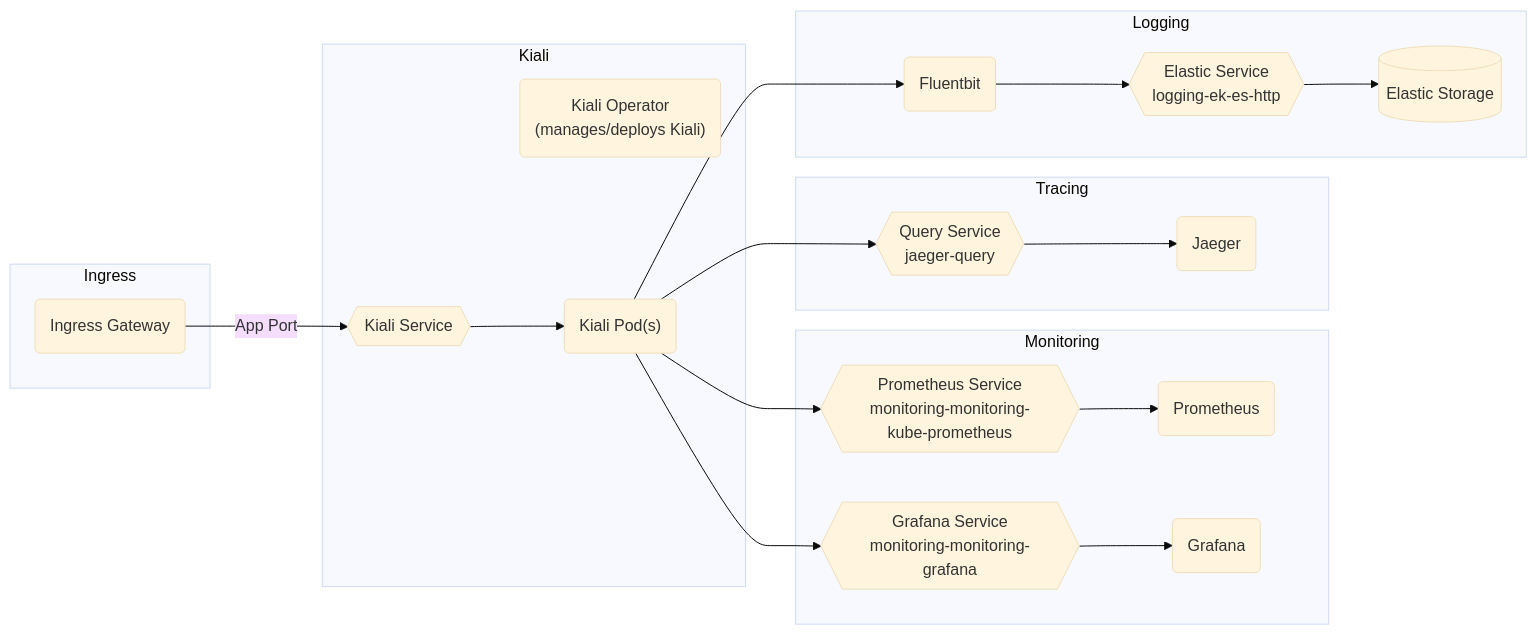
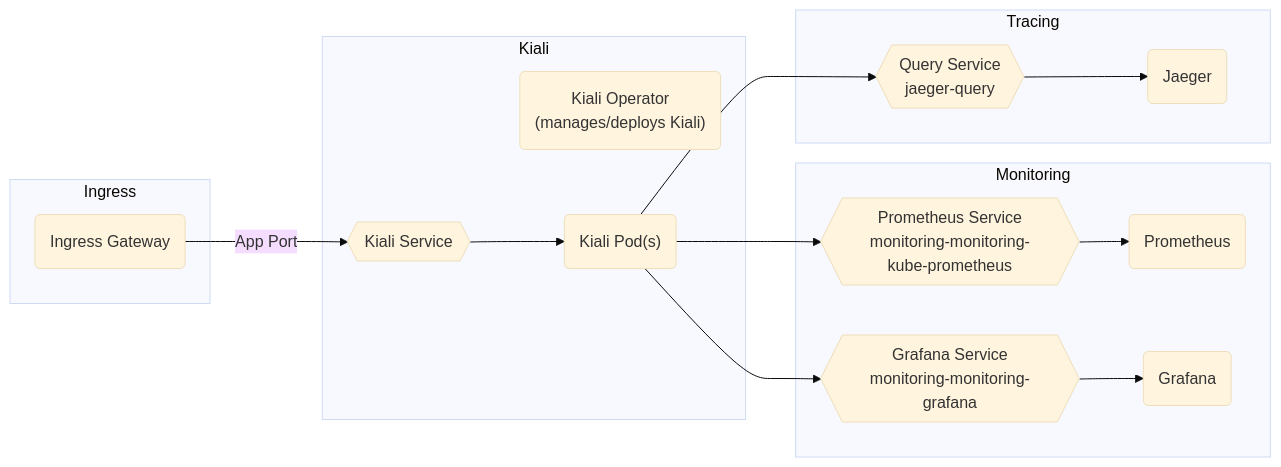
One commit to rjferguson21/big-bang changed the diagram in charter/packages/kiali/Architecture.md. Above: the diagram before and after it, drawn with Mermaid (base theme). The commit also changed other lines of this file, not shown here.

Commit message:
update non-sso, remove logging

````diff
--- a/charter/packages/kiali/Architecture.md
+++ b/charter/packages/kiali/Architecture.md
@@ -11,27 +11,22 @@
 ```mermaid
 graph LR
   subgraph "Kiali"    
     Operator("Kiali Operator<br />(manages/deploys Kiali)")
     Kialipods("Kiali Pod(s)")
     kialiservice{{Kiali Service}} --> Kialipods("Kiali Pod(s)")
     
   end      
 
   subgraph "Ingress"
     ig(Ingress Gateway) --"App Port"--> kialiservice
   end
 
   subgraph "Monitoring"
     Kialipods("Kiali Pod(s)") --> prometheusservice{{Prometheus Service<br />monitoring-monitoring-kube-prometheus}} --> Prometheus("Prometheus")
     Kialipods("Kiali Pod(s)") --> grafanaservice{{Grafana Service<br />monitoring-monitoring-grafana}} --> Grafana("Grafana")
   end
 
   subgraph "Tracing"
     Kialipods("Kiali Pod(s)") --> queryservice{{Query Service<br />jaeger-query}} --> jaeger(Jaeger)
   end
-
-  subgraph "Logging"
-    Kialipods("Kiali Pod(s)") --> fluent(Fluentbit) --> logging-ek-es-http
-    logging-ek-es-http{{Elastic Service<br />logging-ek-es-http}} --> elastic[(Elastic Storage)]
-  end
 ```
````
